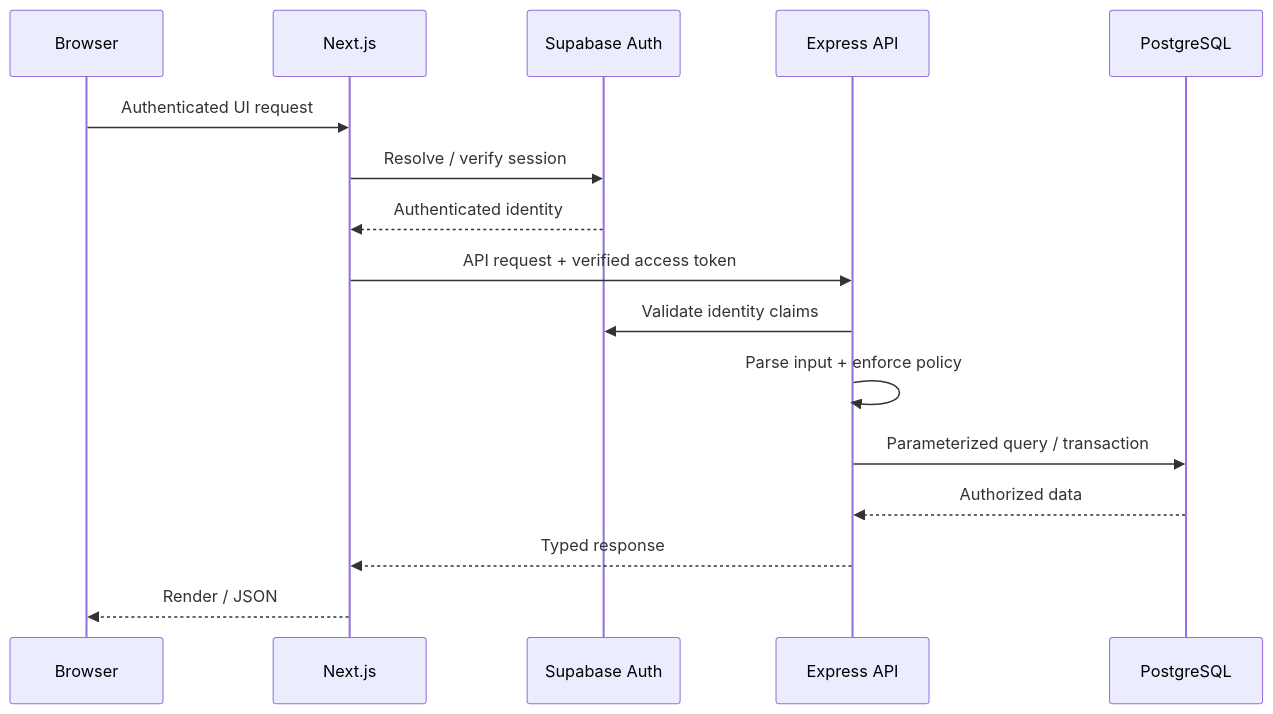
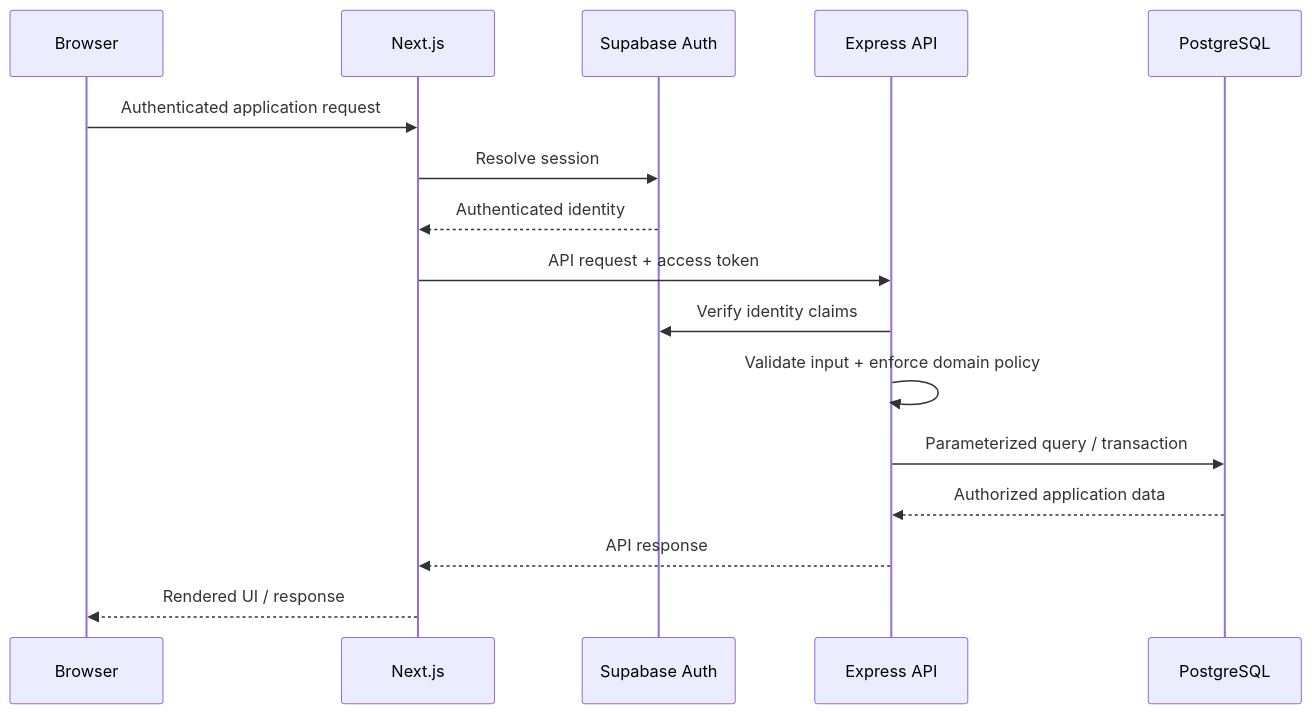
Before and after one commit to JohnGPaulIV/daubert-platform-showcase: the second of 3 diagrams in docs/ARCHITECTURE.md, drawn with Mermaid. The commit also changed other lines of this file and 20 other files, not shown here.

````diff
--- a/docs/ARCHITECTURE.md
+++ b/docs/ARCHITECTURE.md
@@ -9,19 +20,19 @@
 ```mermaid
 sequenceDiagram
     participant B as Browser
     participant N as Next.js
     participant S as Supabase Auth
     participant E as Express API
     participant P as PostgreSQL
 
-    B->>N: Authenticated UI request
-    N->>S: Resolve / verify session
+    B->>N: Authenticated application request
+    N->>S: Resolve session
     S-->>N: Authenticated identity
-    N->>E: API request + verified access token
-    E->>S: Validate identity claims
-    E->>E: Parse input + enforce policy
+    N->>E: API request + access token
+    E->>S: Verify identity claims
+    E->>E: Validate input + enforce domain policy
     E->>P: Parameterized query / transaction
-    P-->>E: Authorized data
-    E-->>N: Typed response
-    N-->>B: Render / JSON
+    P-->>E: Authorized application data
+    E-->>N: API response
+    N-->>B: Rendered UI / response
 ```
````
